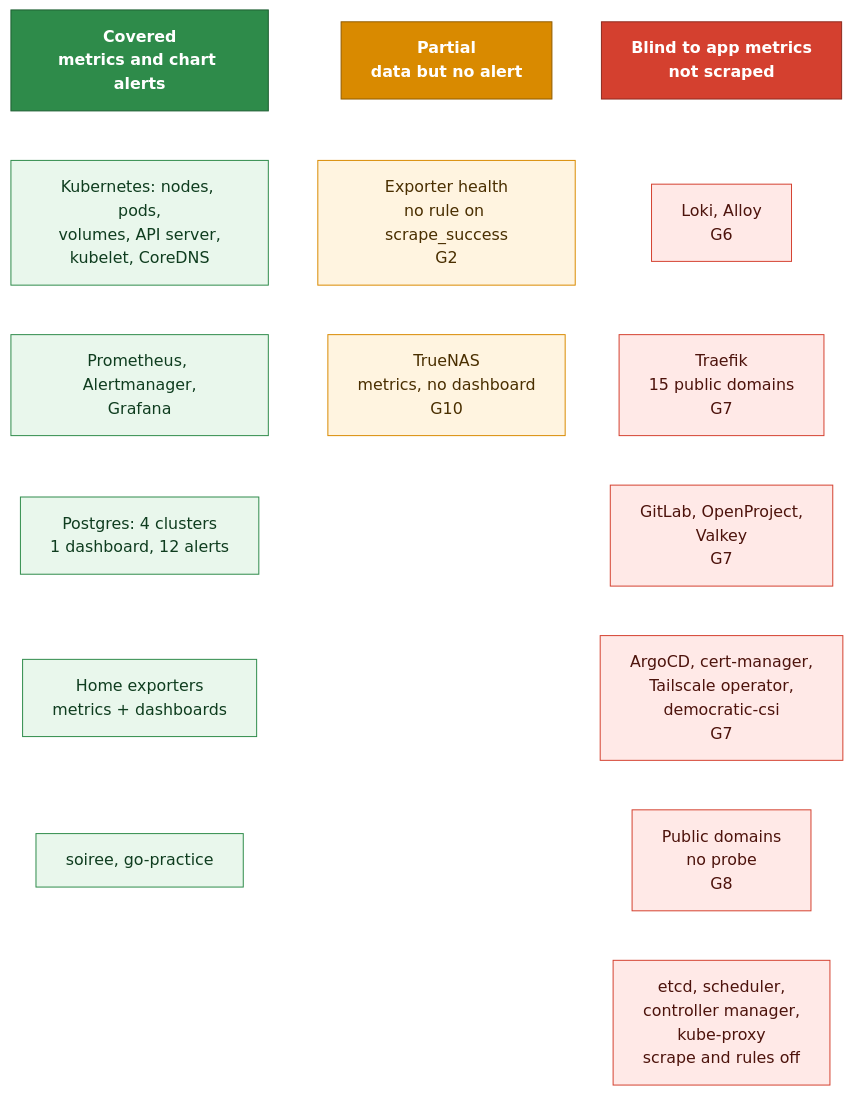
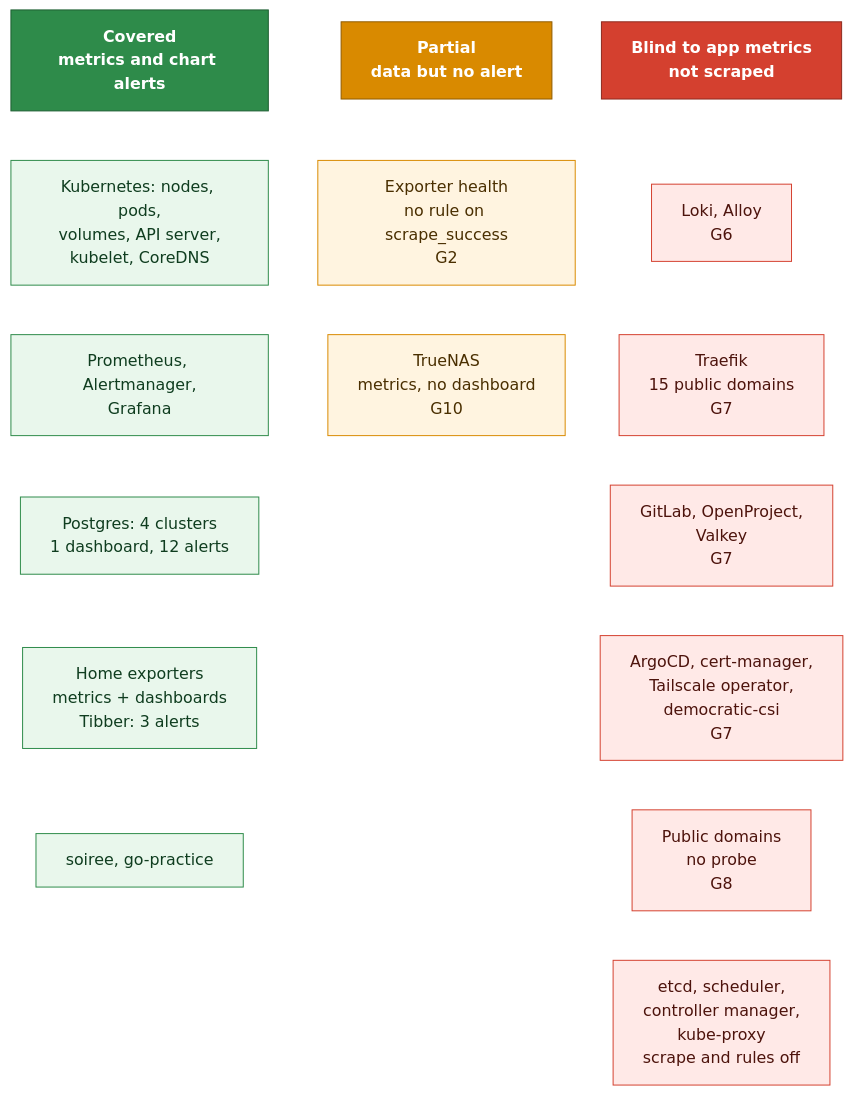
Before and after one commit to Yornik/sharkshere-gitops: the third of 3 diagrams in docs/tech/monitoring.md, drawn with Mermaid. The commit also changed other lines of this file and 7 other files, not shown here.

First line of the commit message:
feat(tibber): alerts on the live data, Recreate, /healthz, new dashboard

````diff
--- a/docs/tech/monitoring.md
+++ b/docs/tech/monitoring.md
@@ -403,39 +413,39 @@
 ```mermaid
 flowchart TB
   classDef okh fill:#2e8b4a,stroke:#1d5e31,color:#ffffff,font-weight:bold
   classDef parth fill:#d98a00,stroke:#8f5b00,color:#ffffff,font-weight:bold
   classDef noneh fill:#d4402f,stroke:#8d2a1e,color:#ffffff,font-weight:bold
   classDef ok fill:#e9f7ec,stroke:#2e8b4a,color:#0f3d1f
   classDef part fill:#fff4e0,stroke:#d98a00,color:#4a2f00
   classDef none fill:#ffe9e7,stroke:#d4402f,color:#4d130c
 
   H1["Covered<br/>metrics and chart alerts"]
   A1["Kubernetes: nodes, pods,<br/>volumes, API server,<br/>kubelet, CoreDNS"]
   A2["Prometheus, Alertmanager,<br/>Grafana"]
   A3["Postgres: 4 clusters<br/>1 dashboard, 12 alerts"]
-  A4["Home exporters<br/>metrics + dashboards"]
+  A4["Home exporters<br/>metrics + dashboards<br/>Tibber: 3 alerts"]
   A5["soiree, go-practice"]
 
   H2["Partial<br/>data but no alert"]
   B1["Exporter health<br/>no rule on scrape_success<br/>G2"]
   B3["TrueNAS<br/>metrics, no dashboard<br/>G10"]
 
   H3["Blind to app metrics<br/>not scraped"]
   C1["Loki, Alloy<br/>G6"]
   C2["Traefik<br/>15 public domains<br/>G7"]
   C3["GitLab, OpenProject,<br/>Valkey<br/>G7"]
   C4["ArgoCD, cert-manager,<br/>Tailscale operator,<br/>democratic-csi<br/>G7"]
   C5["Public domains<br/>no probe<br/>G8"]
   C6["etcd, scheduler,<br/>controller manager,<br/>kube-proxy<br/>scrape and rules off"]
 
   H1 ~~~ A1 ~~~ A2 ~~~ A3 ~~~ A4 ~~~ A5
   H2 ~~~ B1 ~~~ B3
   H3 ~~~ C1 ~~~ C2 ~~~ C3 ~~~ C4 ~~~ C5 ~~~ C6
 
   class H1 okh
   class H2 parth
   class H3 noneh
   class A1,A2,A3,A4,A5 ok
   class B1,B3 part
   class C1,C2,C3,C4,C5,C6 none
 ```
````
